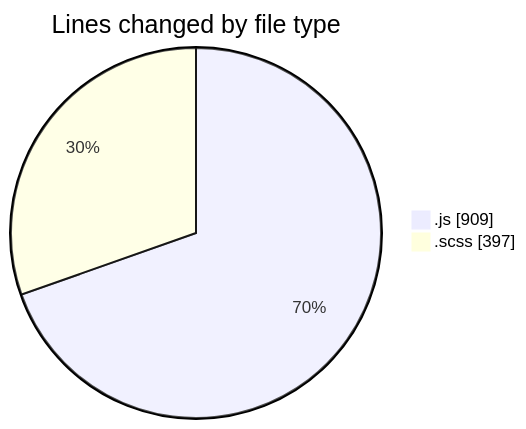
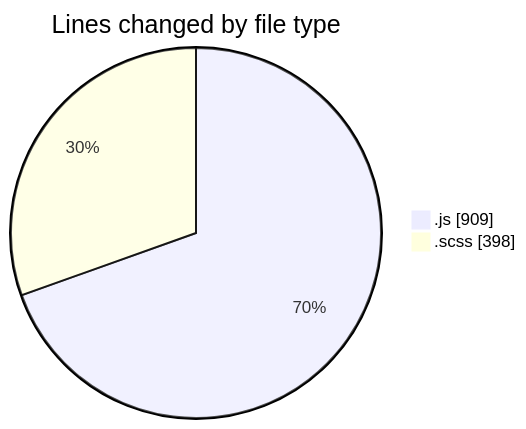
One commit to momahboobian/code-tracking changed the first of 2 diagrams in 2026-01-05/cda/README.md. Above: the diagram before and after it, drawn with Mermaid. The commit also changed other lines of this file and 1 other file, not shown here.

````diff
--- a/2026-01-05/cda/README.md
+++ b/2026-01-05/cda/README.md
@@ -27,6 +27,6 @@
 ```mermaid
 pie showData
 title Lines changed by file type
 ".js" : 909
-".scss" : 397
+".scss" : 398
 ```
````
